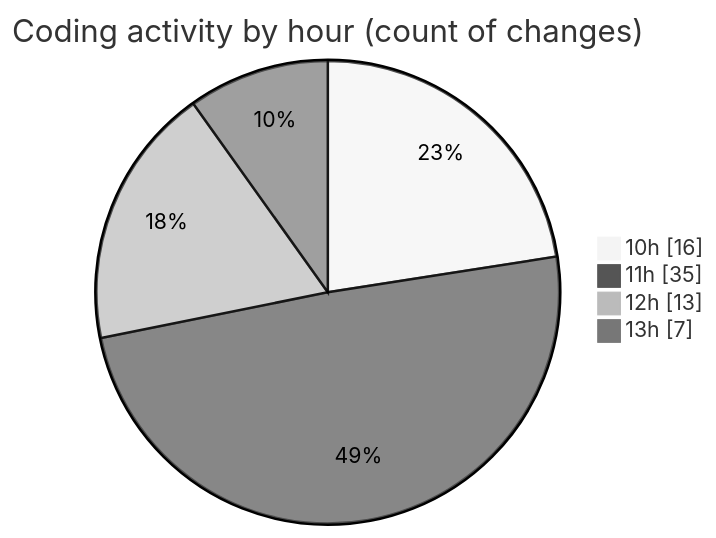
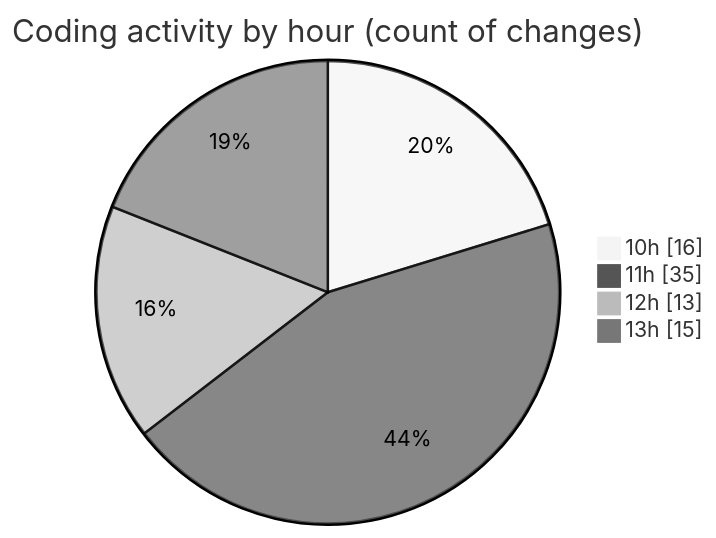
One commit to charlie-sans/code-tracking changed the second of 2 diagrams in 2025-02-20/micros/README.md. Above: the diagram before and after it, drawn with Mermaid (neutral theme). The commit also changed other lines of this file and 1 other file, not shown here.

````diff
--- a/2025-02-20/micros/README.md
+++ b/2025-02-20/micros/README.md
@@ -49,8 +50,8 @@
 ```mermaid
 pie showData
 title Coding activity by hour (count of changes)
 "10h" : 16
 "11h" : 35
 "12h" : 13
-"13h" : 7
+"13h" : 15
 ```
````
